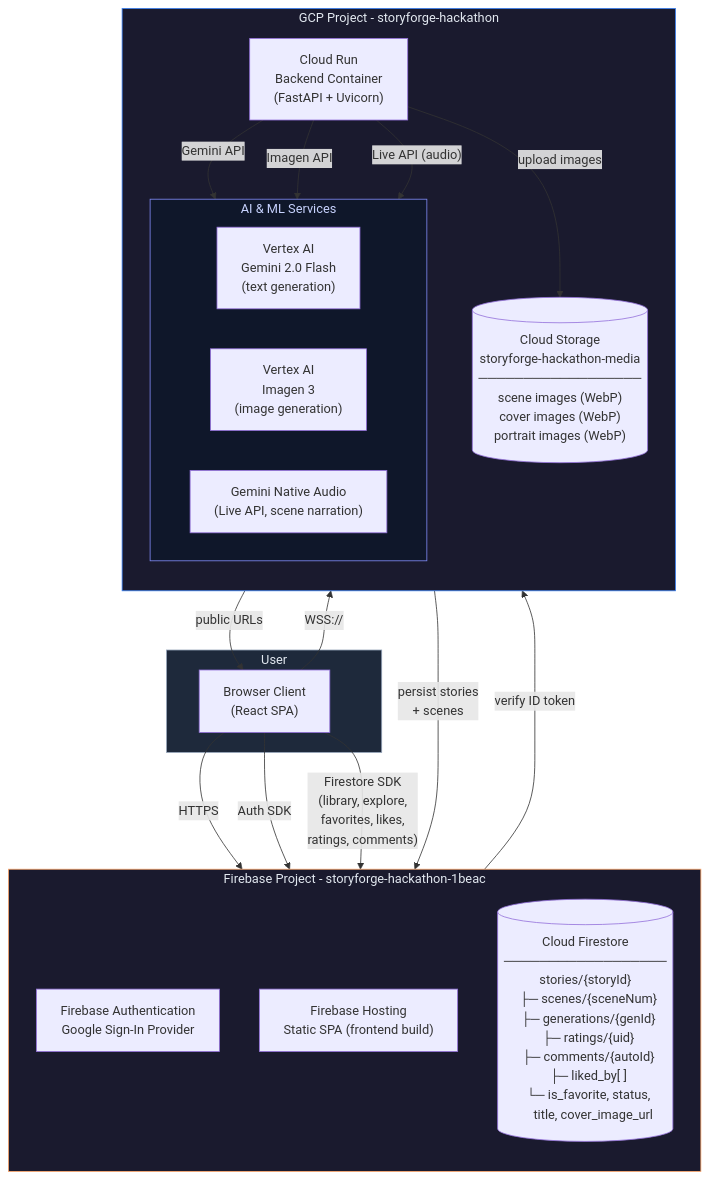
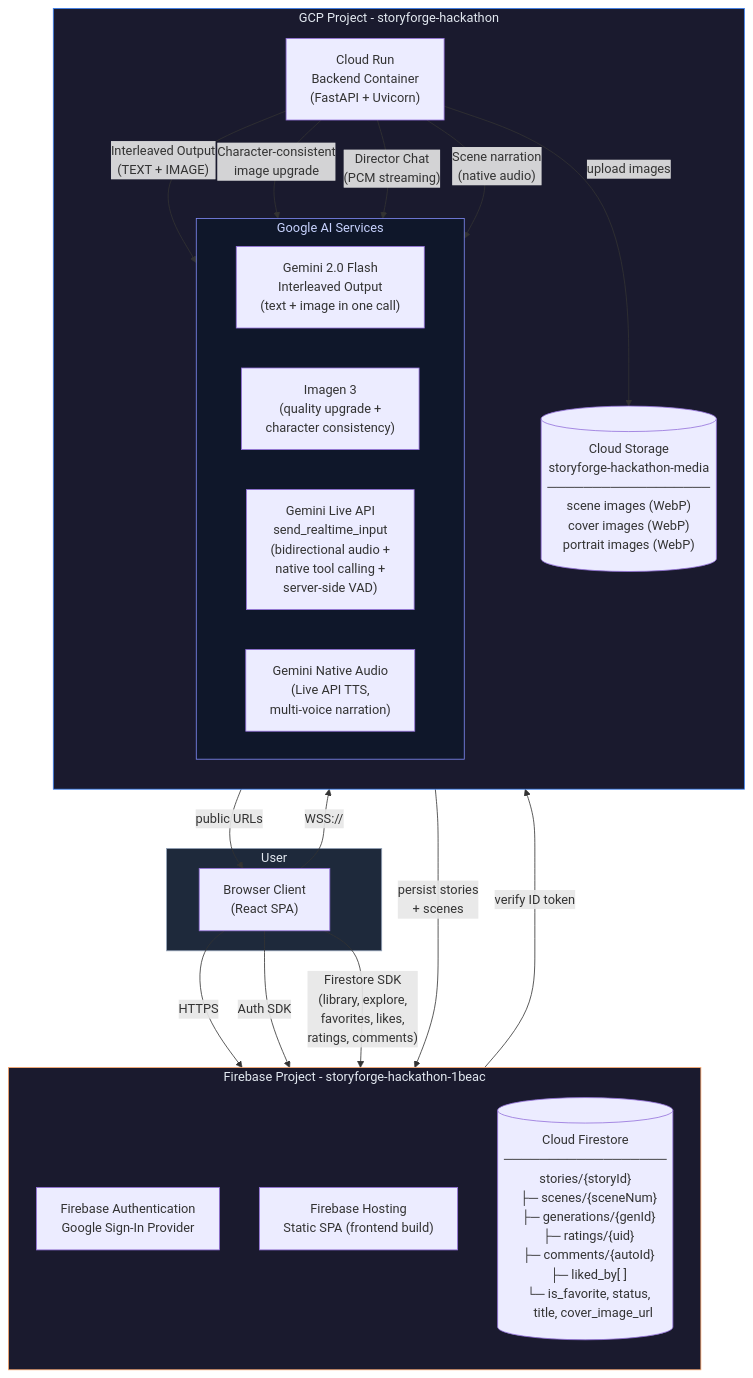
Before and after one commit to Dileep2896/reveria: the second of 9 diagrams in README.md, drawn with Mermaid. The commit also changed other lines of this file and 67 other files, not shown here.

First line of the commit message:
Streaming Director audio, enhanced voice capture, docs fixes, social data

````diff
--- a/README.md
+++ b/README.md
@@ -190,45 +238,47 @@
 ```mermaid
 flowchart TB
     subgraph User["User"]
         Browser["Browser Client<br/>(React SPA)"]
     end
 
     subgraph Firebase["Firebase Project - storyforge-hackathon-1beac"]
         direction TB
         FBAuth["Firebase Authentication<br/>Google Sign-In Provider"]
         FBHosting["Firebase Hosting<br/>Static SPA (frontend build)"]
         FBFirestore[("Cloud Firestore<br/>──────────────────<br/>stories/{storyId}<br/>  ├─ scenes/{sceneNum}<br/>  ├─ generations/{genId}<br/>  ├─ ratings/{uid}<br/>  ├─ comments/{autoId}<br/>  ├─ liked_by[ ]<br/>  └─ is_favorite, status,<br/>     title, cover_image_url")]
     end
 
     subgraph GCP["GCP Project - storyforge-hackathon"]
         direction TB
         CloudRun["Cloud Run<br/>Backend Container<br/>(FastAPI + Uvicorn)"]
 
-        subgraph AI["AI & ML Services"]
+        subgraph AI["Google AI Services"]
             direction LR
-            VertexGemini["Vertex AI<br/>Gemini 2.0 Flash<br/>(text generation)"]
-            VertexImagen["Vertex AI<br/>Imagen 3<br/>(image generation)"]
-            GTTS["Gemini Native Audio<br/>(Live API, scene narration)"]
+            VertexGemini["Gemini 2.0 Flash<br/>Interleaved Output<br/>(text + image in one call)"]
+            VertexImagen["Imagen 3<br/>(quality upgrade +<br/>character consistency)"]
+            GeminiLive["Gemini Live API<br/>send_realtime_input<br/>(bidirectional audio +<br/>native tool calling +<br/>server-side VAD)"]
+            GTTS["Gemini Native Audio<br/>(Live API TTS,<br/>multi-voice narration)"]
         end
 
         GCSBucket[("Cloud Storage<br/>storyforge-hackathon-media<br/>──────────────────<br/>scene images (WebP)<br/>cover images (WebP)<br/>portrait images (WebP)")]
     end
 
     Browser -->|"HTTPS"| FBHosting
     Browser -->|"WSS://"| CloudRun
     Browser -->|"Auth SDK"| FBAuth
     Browser -->|"Firestore SDK<br/>(library, explore,<br/>favorites, likes,<br/>ratings, comments)"| FBFirestore
 
     FBAuth -->|"verify ID token"| CloudRun
-    CloudRun -->|"Gemini API"| VertexGemini
-    CloudRun -->|"Imagen API"| VertexImagen
-    CloudRun -->|"Live API (audio)"| GTTS
+    CloudRun -->|"Interleaved Output<br/>(TEXT + IMAGE)"| VertexGemini
+    CloudRun -->|"Character-consistent<br/>image upgrade"| VertexImagen
+    CloudRun -->|"Director Chat<br/>(PCM streaming)"| GeminiLive
+    CloudRun -->|"Scene narration<br/>(native audio)"| GTTS
     CloudRun -->|"persist stories<br/>+ scenes"| FBFirestore
     CloudRun -->|"upload images"| GCSBucket
     GCSBucket -->|"public URLs"| Browser
 
     style User fill:#1e293b,stroke:#94a3b8,color:#e2e8f0
     style Firebase fill:#1a1a2e,stroke:#ffa86c,color:#e2e8f0
     style GCP fill:#1a1a2e,stroke:#3b82f6,color:#e2e8f0
     style AI fill:#0f172a,stroke:#818cf8,color:#c7d2fe
 ```
````
